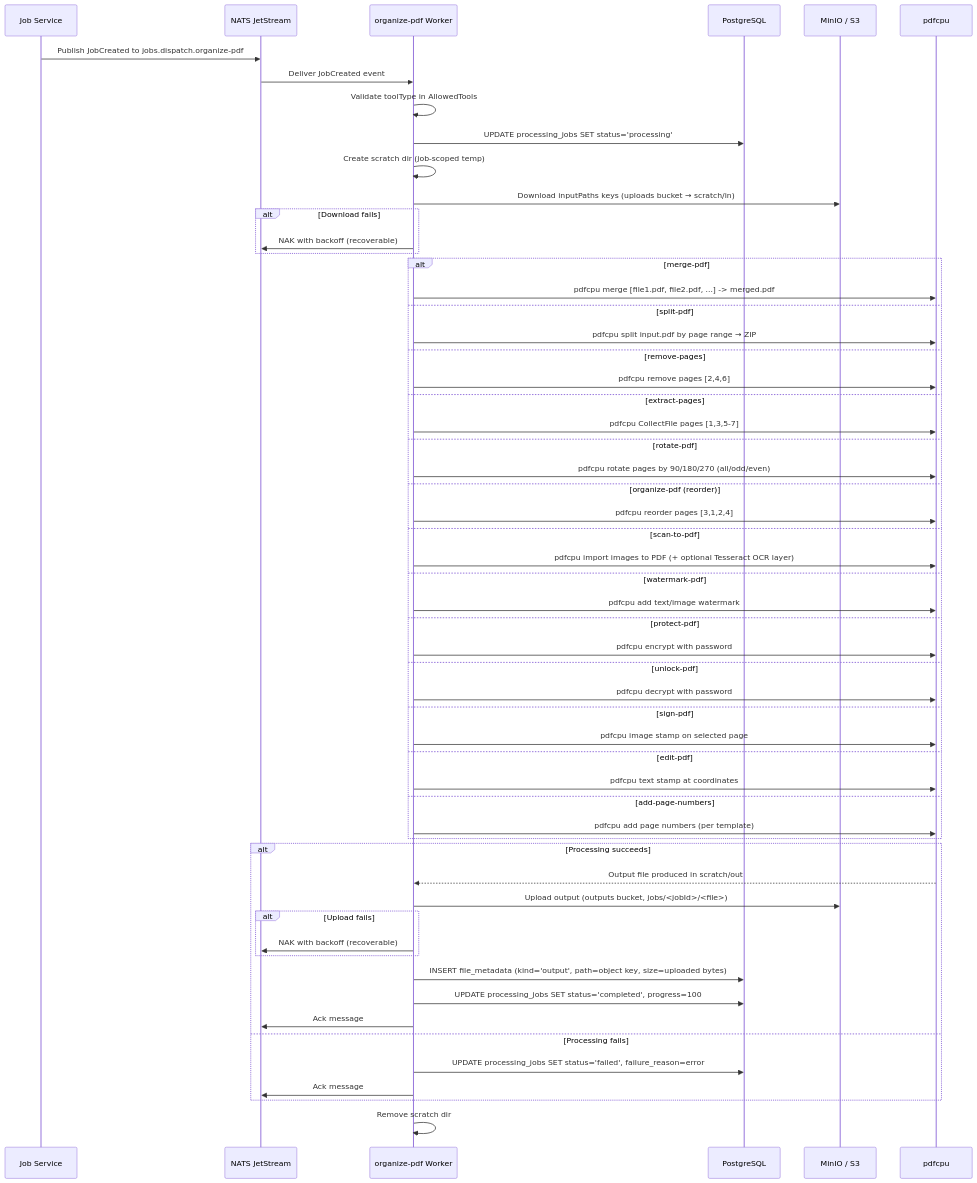
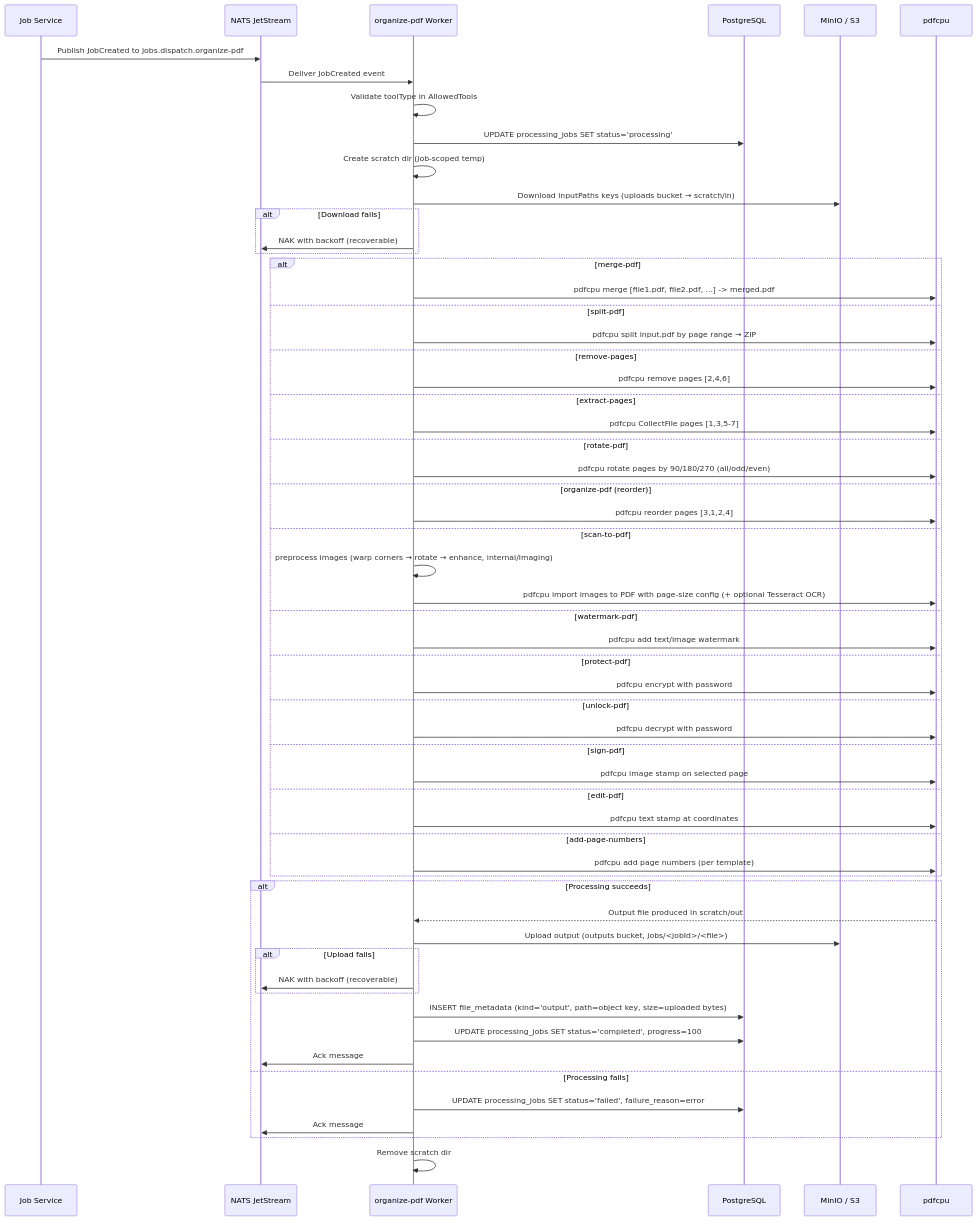
One commit to Prachidubey2003/fyredocs_backend changed the first of 4 diagrams in docs/developer/services/organize-pdf.md. Above: the diagram before and after it, drawn with Mermaid. The commit also changed other lines of this file and 38 other files, not shown here.

````diff
--- a/docs/developer/services/organize-pdf.md
+++ b/docs/developer/services/organize-pdf.md
@@ -588,64 +667,65 @@
 ```mermaid
 sequenceDiagram
     participant JS as Job Service
     participant NATS as NATS JetStream
     participant W as organize-pdf Worker
     participant DB as PostgreSQL
     participant S3 as MinIO / S3
     participant PC as pdfcpu
 
     JS->>NATS: Publish JobCreated to jobs.dispatch.organize-pdf
     NATS->>W: Deliver JobCreated event
 
     W->>W: Validate toolType in AllowedTools
     W->>DB: UPDATE processing_jobs SET status='processing'
 
     W->>W: Create scratch dir (job-scoped temp)
     W->>S3: Download inputPaths keys (uploads bucket → scratch/in)
     alt Download fails
         W->>NATS: NAK with backoff (recoverable)
     end
 
     alt merge-pdf
         W->>PC: pdfcpu merge [file1.pdf, file2.pdf, ...] -> merged.pdf
     else split-pdf
         W->>PC: pdfcpu split input.pdf by page range → ZIP
     else remove-pages
         W->>PC: pdfcpu remove pages [2,4,6]
     else extract-pages
         W->>PC: pdfcpu CollectFile pages [1,3,5-7]
     else rotate-pdf
         W->>PC: pdfcpu rotate pages by 90/180/270 (all/odd/even)
     else organize-pdf (reorder)
         W->>PC: pdfcpu reorder pages [3,1,2,4]
     else scan-to-pdf
-        W->>PC: pdfcpu import images to PDF (+ optional Tesseract OCR layer)
+        W->>W: preprocess images (warp corners → rotate → enhance, internal/imaging)
+        W->>PC: pdfcpu import images to PDF with page-size config (+ optional Tesseract OCR)
     else watermark-pdf
         W->>PC: pdfcpu add text/image watermark
     else protect-pdf
         W->>PC: pdfcpu encrypt with password
     else unlock-pdf
         W->>PC: pdfcpu decrypt with password
     else sign-pdf
         W->>PC: pdfcpu image stamp on selected page
     else edit-pdf
         W->>PC: pdfcpu text stamp at coordinates
     else add-page-numbers
         W->>PC: pdfcpu add page numbers (per template)
     end
 
     alt Processing succeeds
         PC-->>W: Output file produced in scratch/out
         W->>S3: Upload output (outputs bucket, jobs/<jobId>/<file>)
         alt Upload fails
             W->>NATS: NAK with backoff (recoverable)
         end
         W->>DB: INSERT file_metadata (kind='output', path=object key, size=uploaded bytes)
         W->>DB: UPDATE processing_jobs SET status='completed', progress=100
         W->>NATS: Ack message
     else Processing fails
         W->>DB: UPDATE processing_jobs SET status='failed', failure_reason=error
         W->>NATS: Ack message
     end
     W->>W: Remove scratch dir
 ```
````
